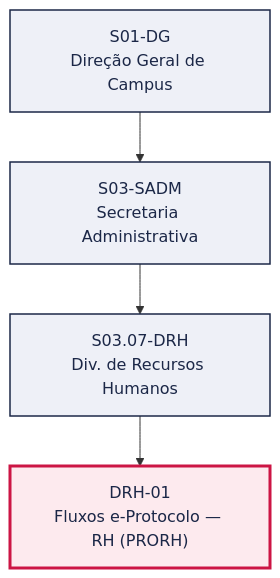
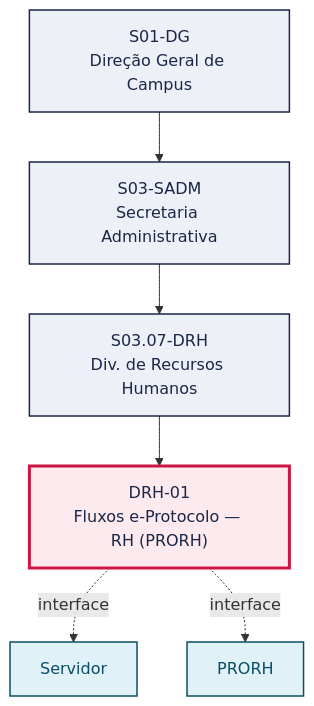
The first of 2 diagrams in pops/DRH/DRH-01.md (jessefers/canvas-vivo-atdg), drawn with Mermaid before and after one commit. The commit also changed other lines of this file and 95 other files, not shown here.

````diff
--- a/pops/DRH/DRH-01.md
+++ b/pops/DRH/DRH-01.md
@@ -49,15 +51,20 @@
 ```mermaid
 graph TD
   S01_DG["S01-DG<br/>Direção Geral de Campus"]
   S03_SADM["S03-SADM<br/>Secretaria Administrativa"]
   S01_DG --> S03_SADM
   S03_07_DRH["S03.07-DRH<br/>Div. de Recursos Humanos"]
   S03_SADM --> S03_07_DRH
   P["DRH-01<br/>Fluxos e-Protocolo — RH (PRORH)"]
   S03_07_DRH --> P
+  V1["Servidor"]
+  P -. interface .-> V1
+  V2["PRORH"]
+  P -. interface .-> V2
   classDef setor fill:#EEF0F7,stroke:#1B2747,stroke-width:1.5px,color:#1B2747
   classDef destaque fill:#FDEAEE,stroke:#CC1544,stroke-width:3px,color:#1B2747
   classDef vizinho fill:#E0F2F8,stroke:#0B4D66,stroke-width:1.5px,color:#0B4D66
   class S01_DG,S03_SADM,S03_07_DRH setor
   class P destaque
+  class V1,V2 vizinho
 ```
````
